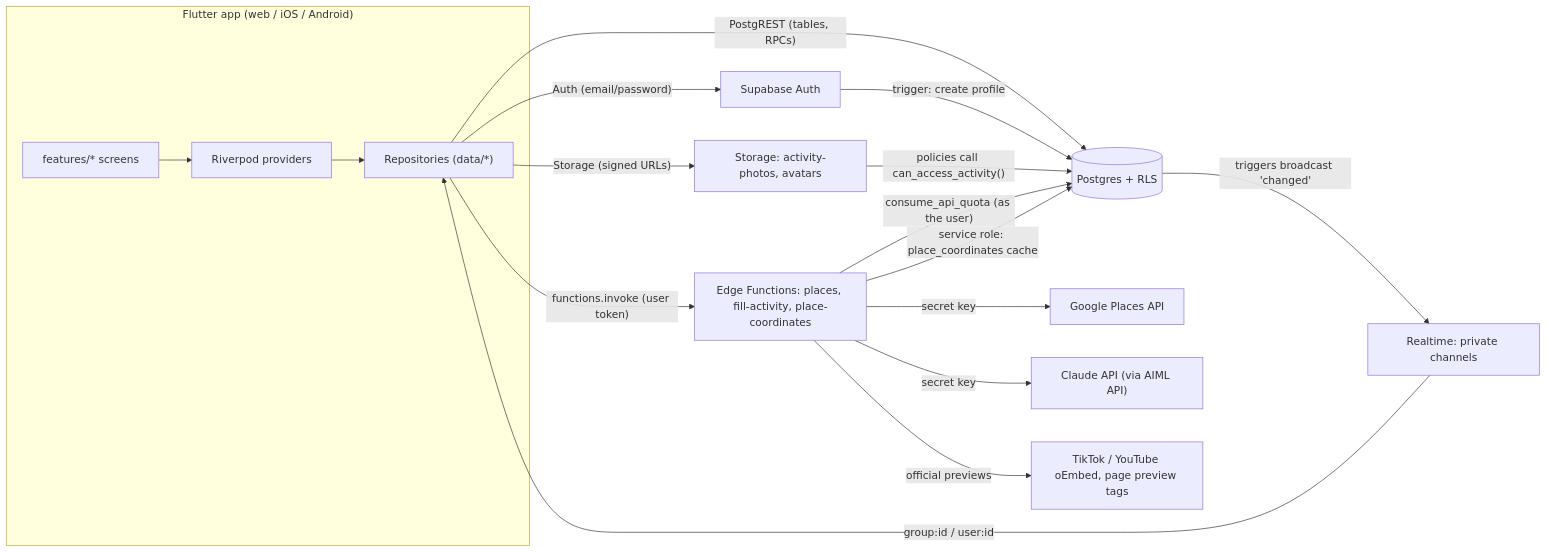
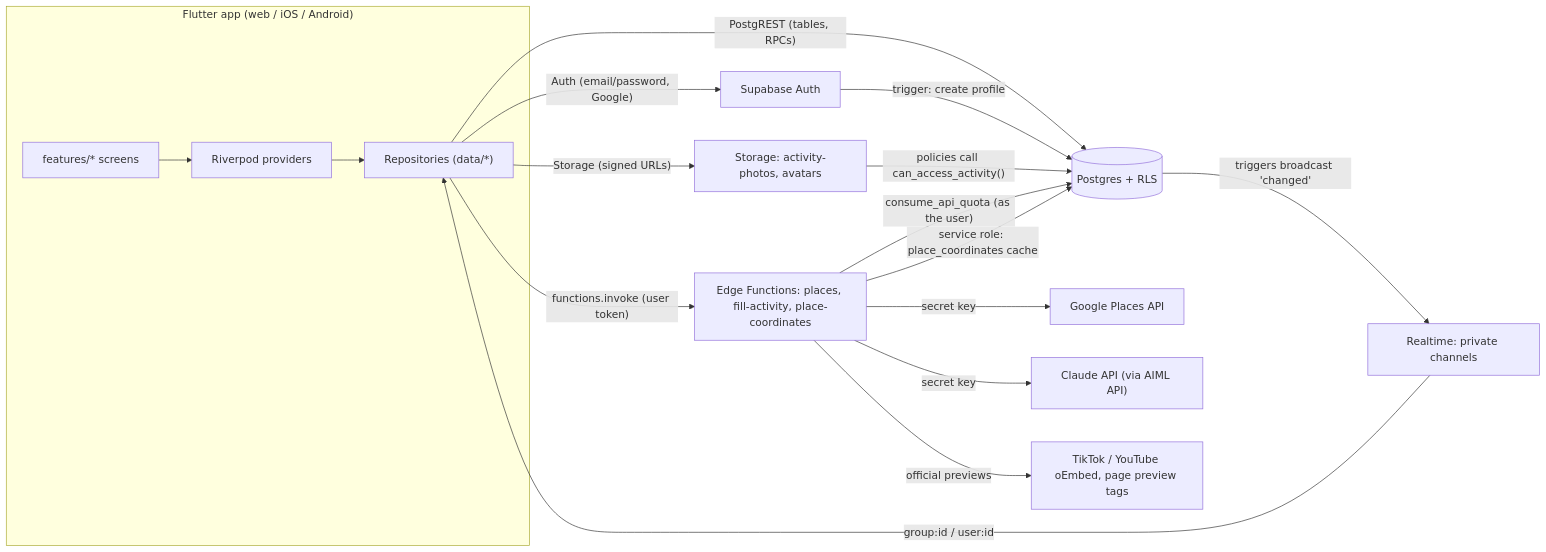
One commit to kangjin97/project1.0 changed the first of 2 diagrams in docs/architecture.md. Above: the diagram before and after it, drawn with Mermaid. The commit also changed other lines of this file and 12 other files, not shown here.

````diff
--- a/docs/architecture.md
+++ b/docs/architecture.md
@@ -5,20 +5,20 @@
 ```mermaid
 flowchart LR
   subgraph App["Flutter app (web / iOS / Android)"]
     UI["features/* screens"] --> P["Riverpod providers"]
     P --> R["Repositories (data/*)"]
   end
   R -- "PostgREST (tables, RPCs)" --> DB[(Postgres + RLS)]
-  R -- "Auth (email/password)" --> AUTH[Supabase Auth]
+  R -- "Auth (email/password, Google)" --> AUTH[Supabase Auth]
   R -- "Storage (signed URLs)" --> ST[Storage: activity-photos, avatars]
   DB -- "triggers broadcast 'changed'" --> RT[Realtime: private channels]
   RT -- "group:id / user:id" --> R
   AUTH -- "trigger: create profile" --> DB
   ST -- "policies call can_access_activity()" --> DB
   R -- "functions.invoke (user token)" --> EF[Edge Functions: places, fill-activity, place-coordinates]
   EF -- "consume_api_quota (as the user)" --> DB
   EF -- "service role: place_coordinates cache" --> DB
   EF -- "secret key" --> GP[Google Places API]
   EF -- "secret key" --> CL["Claude API (via AIML API)"]
   EF -- "official previews" --> WEB[TikTok / YouTube oEmbed, page preview tags]
 ```
````
